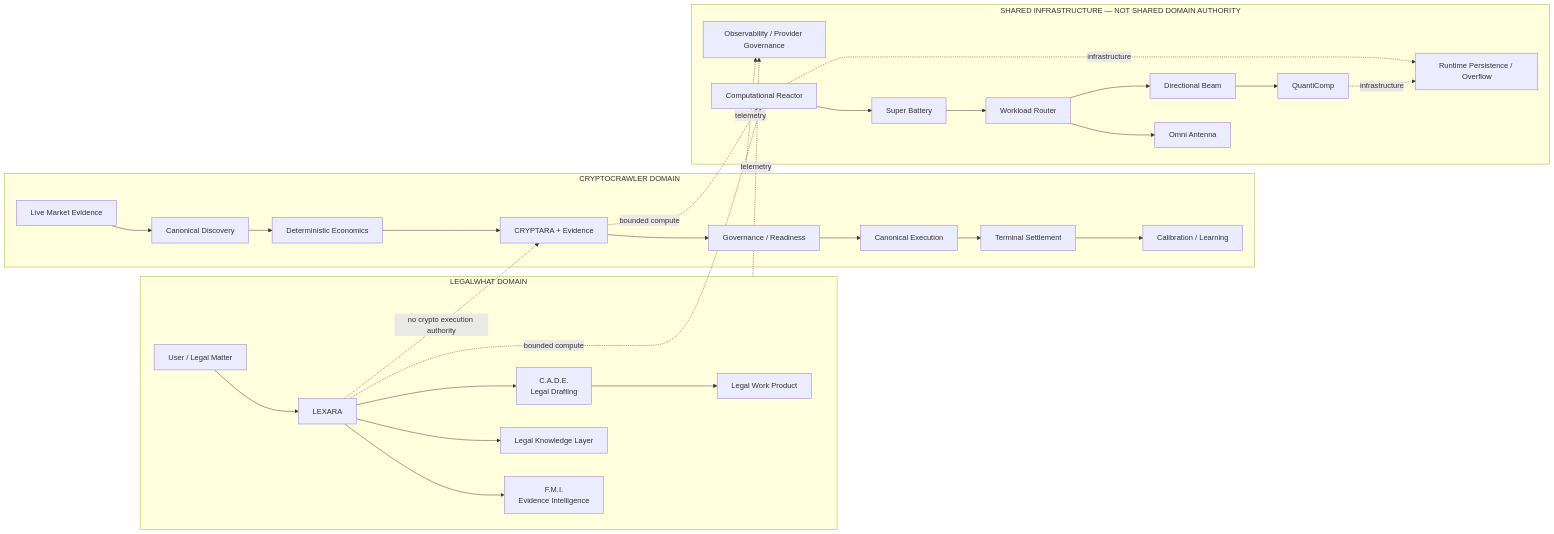
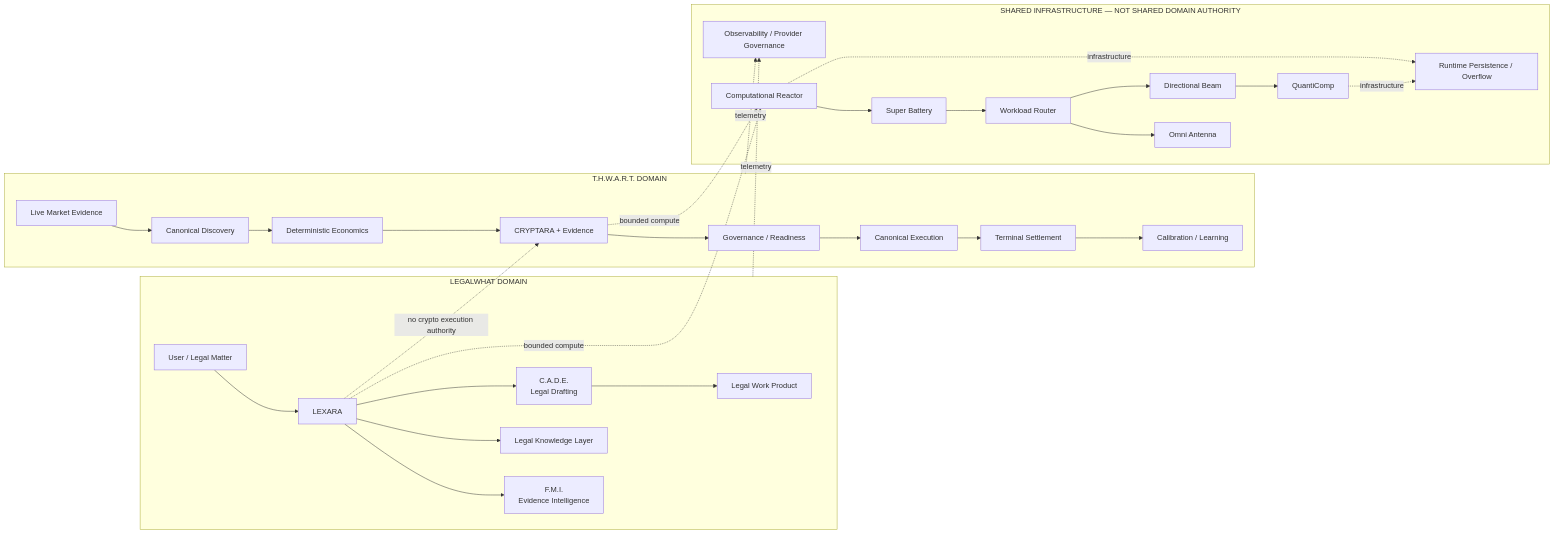
Before and after one commit to Rjdclink/Bad-Blue: the first of 20 diagrams in README.md, drawn with Mermaid. The commit also changed other lines of this file, not shown here.

Commit message:
Rename CryptoCrawler to T.H.W.A.R.T. in README

````diff
--- a/README.md
+++ b/README.md
@@ -82,45 +82,45 @@
 ```mermaid
 flowchart LR
     subgraph LEGAL["LEGALWHAT DOMAIN"]
         LU["User / Legal Matter"] --> LEX["LEXARA"]
         LEX --> FMI["F.M.I.\nEvidence Intelligence"]
         LEX --> LAW["Legal Knowledge Layer"]
         LEX --> CADE["C.A.D.E.\nLegal Drafting"]
         CADE --> LO["Legal Work Product"]
     end
 
-    subgraph CRYPTO["CRYPTOCRAWLER DOMAIN"]
+    subgraph CRYPTO["T.H.W.A.R.T. DOMAIN"]
         MD["Live Market Evidence"] --> DISC["Canonical Discovery"]
         DISC --> ECON["Deterministic Economics"]
         ECON --> CTX["CRYPTARA + Evidence"]
         CTX --> GOV["Governance / Readiness"]
         GOV --> EXEC["Canonical Execution"]
         EXEC --> SETTLE["Terminal Settlement"]
         SETTLE --> LEARN["Calibration / Learning"]
     end
 
     subgraph SHARED["SHARED INFRASTRUCTURE — NOT SHARED DOMAIN AUTHORITY"]
         REACTOR["Computational Reactor"]
         ROUTER["Workload Router"]
         ANT["Omni Antenna"]
         BEAM["Directional Beam"]
         BAT["Super Battery"]
         QC["QuantiComp"]
         DB["Runtime Persistence / Overflow"]
         OBS["Observability / Provider Governance"]
     end
 
     LEX -. bounded compute .-> REACTOR
     CTX -. bounded compute .-> REACTOR
     REACTOR --> BAT
     BAT --> ROUTER
     ROUTER --> ANT
     ROUTER --> BEAM
     BEAM --> QC
     REACTOR -. infrastructure .-> DB
     QC -. infrastructure .-> DB
     LEGAL -. telemetry .-> OBS
     CRYPTO -. telemetry .-> OBS
 
     LEX -. "no crypto execution authority" .-> CTX
 ```
````
